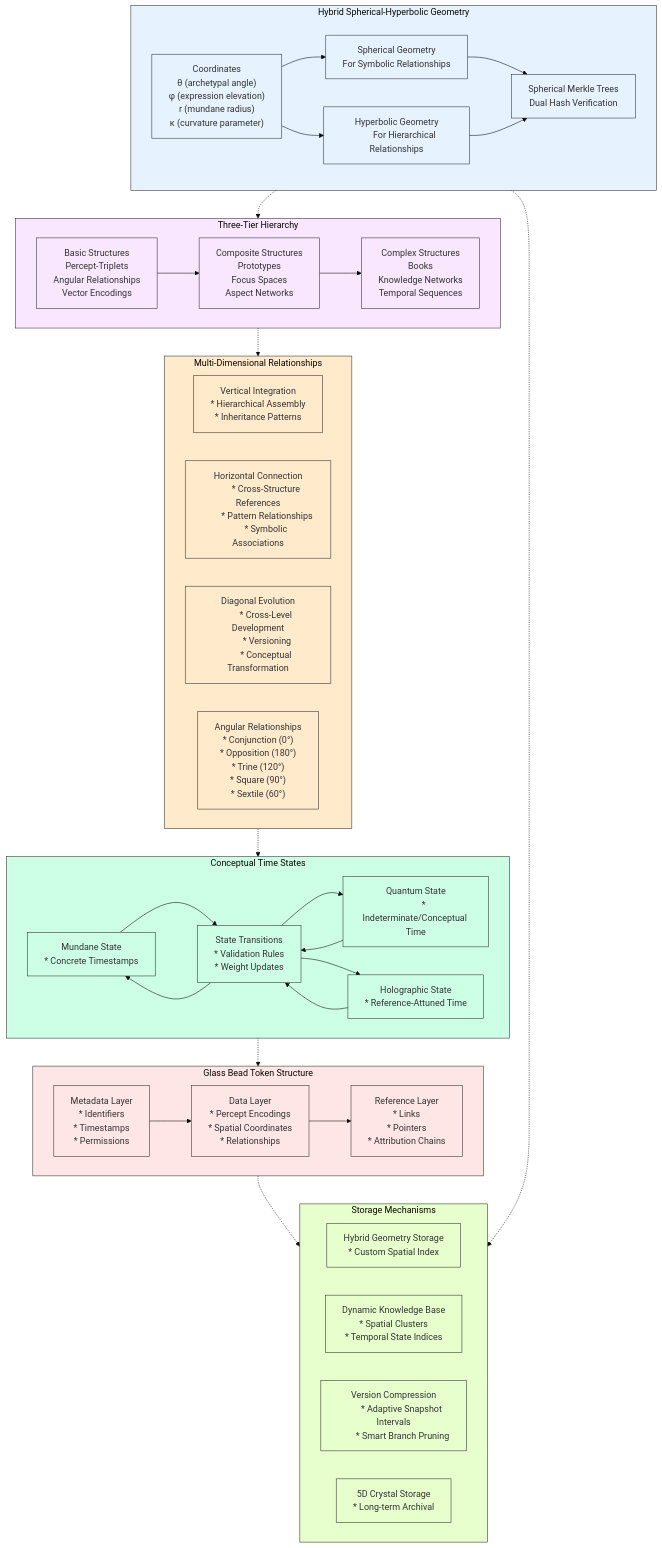
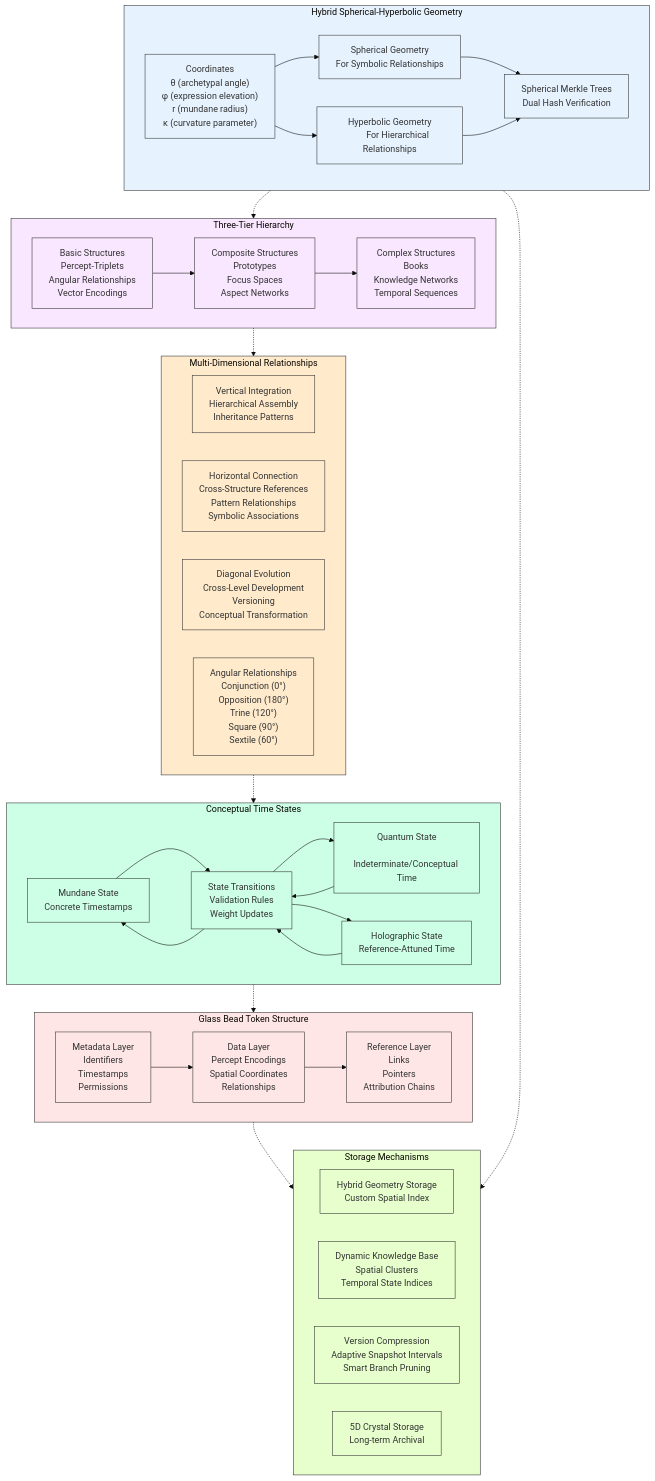
One commit to heavyblotto/memorativa changed the third of 7 diagrams in docs/3. the machine system/memorativa-3-1-the-machine-system.md. Above: the diagram before and after it, drawn with Mermaid (base theme). The commit also changed other lines of this file, not shown here.

```diff
--- a/docs/3. the machine system/memorativa-3-1-the-machine-system.md
+++ b/docs/3. the machine system/memorativa-3-1-the-machine-system.md
@@ -329,41 +309,41 @@
     %% Relationship Types
     subgraph RelationshipTypes["Multi-Dimensional Relationships"]
         VerticalRelationships["Vertical Integration
-        * Hierarchical Assembly
-        * Inheritance Patterns"]
+        Hierarchical Assembly
+        Inheritance Patterns"]
         
         HorizontalRelationships["Horizontal Connection
-        * Cross-Structure References
-        * Pattern Relationships
-        * Symbolic Associations"]
+        Cross-Structure References
+        Pattern Relationships
+        Symbolic Associations"]
         
         DiagonalRelationships["Diagonal Evolution
-        * Cross-Level Development
-        * Versioning
-        * Conceptual Transformation"]
+        Cross-Level Development
+        Versioning
+        Conceptual Transformation"]
         
         AngularRelationships["Angular Relationships
-        * Conjunction (0°)
-        * Opposition (180°)
-        * Trine (120°)
-        * Square (90°)
-        * Sextile (60°)"]
+        Conjunction (0°)
+        Opposition (180°)
+        Trine (120°)
+        Square (90°)
+        Sextile (60°)"]
     end
     
     %% Temporal States
     subgraph TemporalStates["Conceptual Time States"]
         MundaneState["Mundane State
-        * Concrete Timestamps"]
+        Concrete Timestamps"]
         
         QuantumState["Quantum State
-        * Indeterminate/Conceptual Time"]
+        Indeterminate/Conceptual Time"]
         
         HolographicState["Holographic State
-        * Reference-Attuned Time"]
+        Reference-Attuned Time"]
         
         StateTransitions["State Transitions
-        * Validation Rules
-        * Weight Updates"]
+        Validation Rules
+        Weight Updates"]
         
         MundaneState --> StateTransitions
         QuantumState --> StateTransitions
@@ -376,19 +356,19 @@
     %% Connection to Glass Bead Tokens
     subgraph TokenStructure["Glass Bead Token Structure"]
         MetadataLayer["Metadata Layer
-        * Identifiers
-        * Timestamps
-        * Permissions"]
+        Identifiers
+        Timestamps
+        Permissions"]
         
         DataLayer["Data Layer
-        * Percept Encodings
-        * Spatial Coordinates
-        * Relationships"]
+        Percept Encodings
+        Spatial Coordinates
+        Relationships"]
         
         ReferenceLayer["Reference Layer
-        * Links
-        * Pointers
-        * Attribution Chains"]
+        Links
+        Pointers
+        Attribution Chains"]
         
         MetadataLayer --> DataLayer
         DataLayer --> ReferenceLayer
@@ -397,18 +377,18 @@
     %% Core Data Storage
     subgraph StorageMechanisms["Storage Mechanisms"]
         HybridGeometryStorage["Hybrid Geometry Storage
-        * Custom Spatial Index"]
+        Custom Spatial Index"]
         
         DynamicKnowledgeBase["Dynamic Knowledge Base
-        * Spatial Clusters
-        * Temporal State Indices"]
+        Spatial Clusters
+        Temporal State Indices"]
         
         VersionCompression["Version Compression
-        * Adaptive Snapshot Intervals
-        * Smart Branch Pruning"]
+        Adaptive Snapshot Intervals
+        Smart Branch Pruning"]
         
         FiveDCrystal["5D Crystal Storage
-        * Long-term Archival"]
+        Long-term Archival"]
     end
     
     %% Connect everything
```
